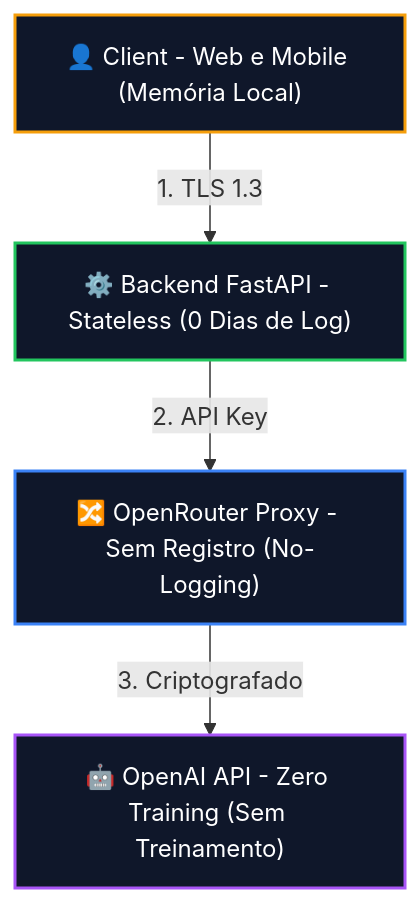
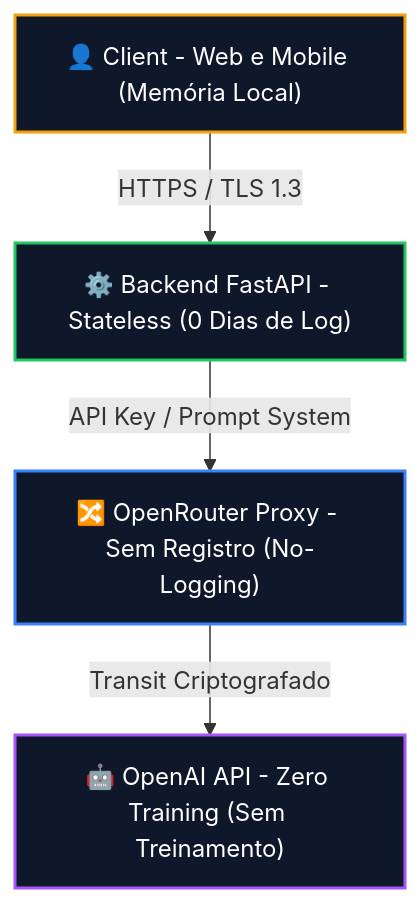
The diagram in docs/tratamento_dados.md (lucasbarros097/Deere_Inspect), drawn with Mermaid before and after one commit.

Commit message:
fix(mermaid): remover prefixos numerados 1. 2. 3. dos rotulos de seta que causavam erro de lista

````diff
--- a/docs/tratamento_dados.md
+++ b/docs/tratamento_dados.md
@@ -11,21 +11,21 @@
 ```mermaid
 flowchart TD
     A["👤 Client - Web e Mobile (Memória Local)"]
     B["⚙️ Backend FastAPI - Stateless (0 Dias de Log)"]
     C["🔀 OpenRouter Proxy - Sem Registro (No-Logging)"]
     D["🤖 OpenAI API - Zero Training (Sem Treinamento)"]
 
-    A -->|"1. TLS 1.3"| B
-    B -->|"2. API Key"| C
-    C -->|"3. Criptografado"| D
+    A -->|"HTTPS / TLS 1.3"| B
+    B -->|"API Key / Prompt System"| C
+    C -->|"Transit Criptografado"| D
 
     classDef client fill:#0f172a,stroke:#f59e0b,stroke-width:2px,color:#fff
     classDef backend fill:#0f172a,stroke:#22c55e,stroke-width:2px,color:#fff
     classDef proxy fill:#0f172a,stroke:#3b82f6,stroke-width:2px,color:#fff
     classDef provider fill:#0f172a,stroke:#a855f7,stroke-width:2px,color:#fff
 
     class A client
     class B backend
     class C proxy
     class D provider
 ```
````
